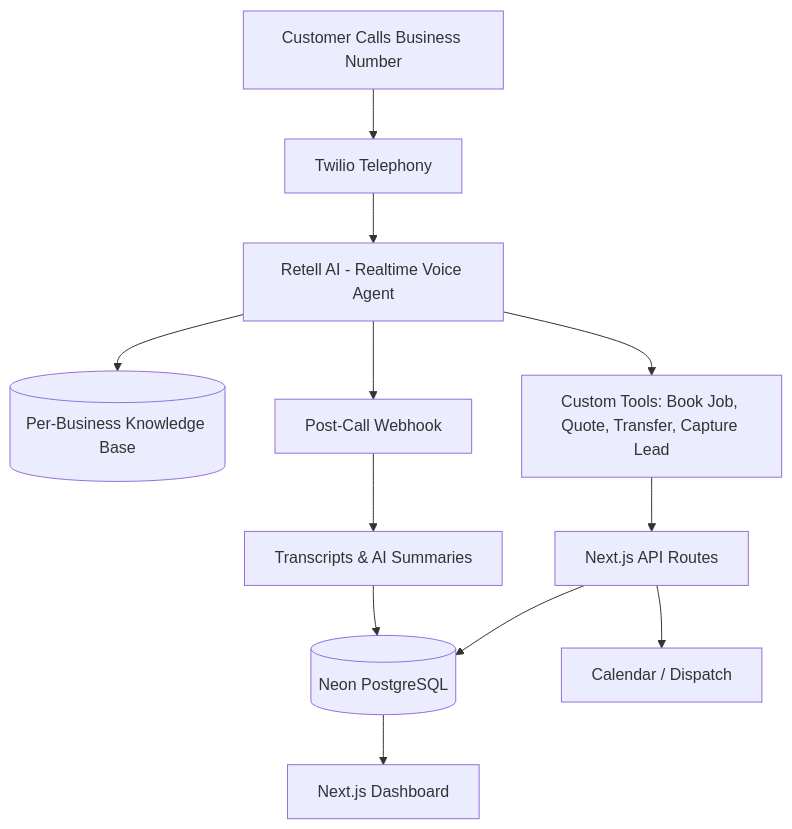
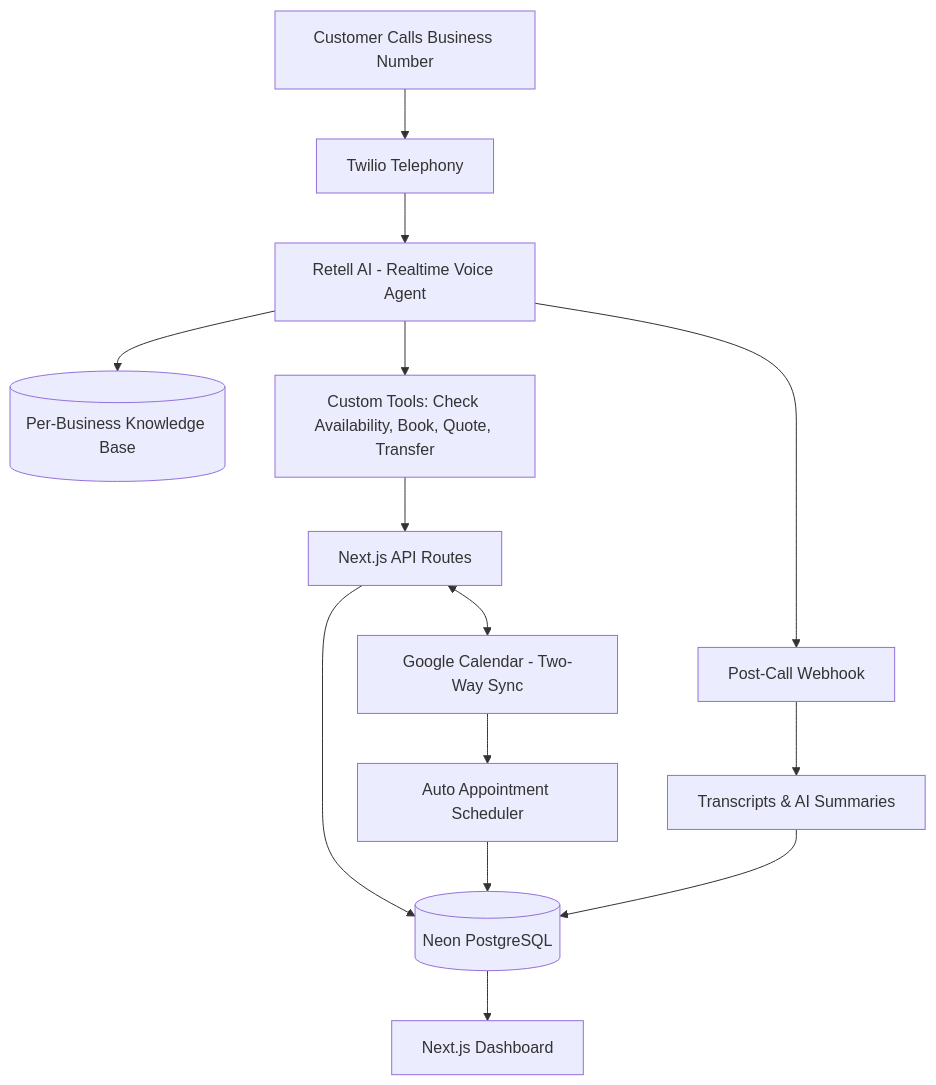
The first of 2 diagrams in README.md (merickarpat/merickarpat), drawn with Mermaid before and after one commit. The commit also changed other lines of this file, not shown here.

First line of the commit message:
Highlight Google Calendar sync and auto scheduling in Heyfield

````diff
--- a/README.md
+++ b/README.md
@@ -62,18 +63,21 @@
 ```mermaid
 flowchart TB
   caller[Customer Calls Business Number] --> twilio[Twilio Telephony]
   twilio --> retell[Retell AI - Realtime Voice Agent]
 
   retell --> kb[(Per-Business Knowledge Base)]
-  retell --> tools[Custom Tools: Book Job, Quote, Transfer, Capture Lead]
+  retell --> tools[Custom Tools: Check Availability, Book, Quote, Transfer]
 
   tools --> api[Next.js API Routes]
   api --> db[(Neon PostgreSQL)]
-  api --> calendar[Calendar / Dispatch]
+
+  api <--> gcal[Google Calendar - Two-Way Sync]
+  gcal --> scheduler[Auto Appointment Scheduler]
+  scheduler --> db
 
   retell --> webhook[Post-Call Webhook]
   webhook --> transcripts[Transcripts & AI Summaries]
   transcripts --> db
 
   db --> dashboard[Next.js Dashboard]
 ```
````
